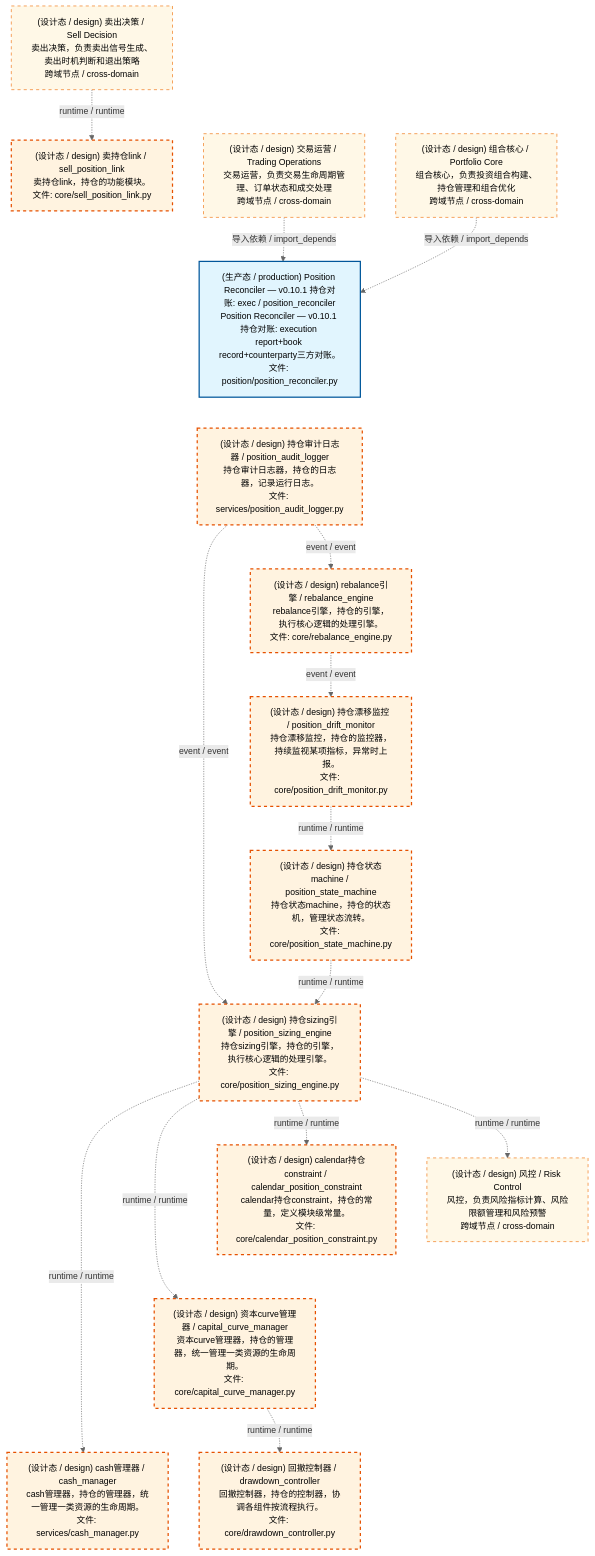
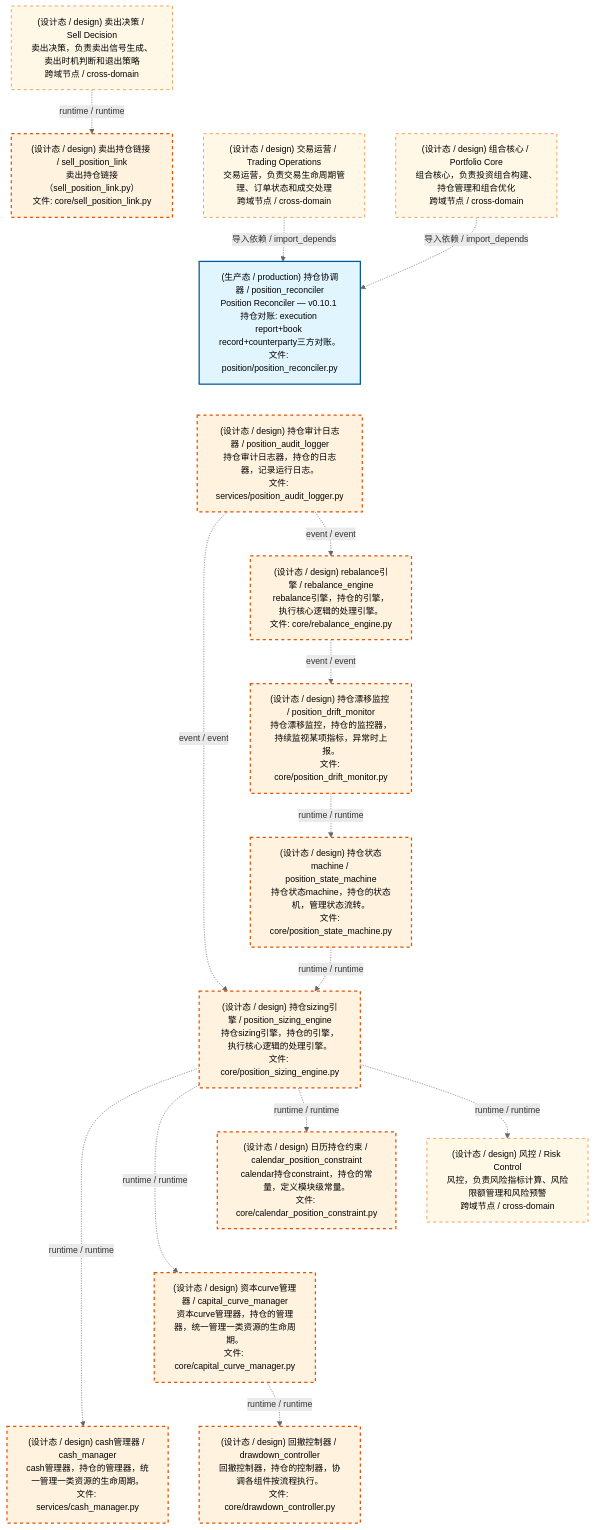
One commit to xuanFelixVan/ZephyrAlpha changed the first of 4 diagrams in docs/02_enterprise_architecture/02_domain_architecture_docs/64_d_position.md. Above: the diagram before and after it, drawn with Mermaid. The commit also changed other lines of this file and 50 other files, not shown here.

````diff
--- a/docs/02_enterprise_architecture/02_domain_architecture_docs/64_d_position.md
+++ b/docs/02_enterprise_architecture/02_domain_architecture_docs/64_d_position.md
@@ -53,43 +53,43 @@
 ```mermaid
 %%{init: {'theme': 'base', 'themeVariables': {'primaryColor': '#eaeaea', 'primaryTextColor': '#333333', 'primaryBorderColor': '#666666', 'lineColor': '#666666', 'secondaryColor': '#eaeaea', 'tertiaryColor': '#eaeaea', 'fontSize': '14px'}}}%%
 flowchart TD
-    src_zephyr_position_core_sell_position_link_py["(设计态 / design) 卖持仓link / sell_position_link<br/>卖持仓link，持仓的功能模块。<br/>文件: core/sell_position_link.py"]
-    src_zephyr_position_position_reconciler_py["(生产态 / production) Position Reconciler — v0.10.1 持仓对账: exec / position_reconciler<br/>Position Reconciler — v0.10.1 持仓对账: execution report+book record+counterparty三方对账。<br/>文件: position/position_reconciler.py"]
+    src_zephyr_position_core_sell_position_link_py["(设计态 / design) 卖出持仓链接 / sell_position_link<br/>卖出持仓链接（sell_position_link.py）<br/>文件: core/sell_position_link.py"]
+    src_zephyr_position_position_reconciler_py["(生产态 / production) 持仓协调器 / position_reconciler<br/>Position Reconciler — v0.10.1 持仓对账: execution report+book record+counterparty三方对账。<br/>文件: position/position_reconciler.py"]
     src_zephyr_position_services_position_audit_logger_py["(设计态 / design) 持仓审计日志器 / position_audit_logger<br/>持仓审计日志器，持仓的日志器，记录运行日志。<br/>文件: services/position_audit_logger.py"]
     src_zephyr_position_core_sell_position_link_py ~~~ src_zephyr_position_position_reconciler_py
     src_zephyr_position_position_reconciler_py ~~~ src_zephyr_position_services_position_audit_logger_py
     src_zephyr_position_core_rebalance_engine_py["(设计态 / design) rebalance引擎 / rebalance_engine<br/>rebalance引擎，持仓的引擎，执行核心逻辑的处理引擎。<br/>文件: core/rebalance_engine.py"]
     src_zephyr_position_core_position_drift_monitor_py["(设计态 / design) 持仓漂移监控 / position_drift_monitor<br/>持仓漂移监控，持仓的监控器，持续监视某项指标，异常时上报。<br/>文件: core/position_drift_monitor.py"]
     src_zephyr_position_core_position_state_machine_py["(设计态 / design) 持仓状态machine / position_state_machine<br/>持仓状态machine，持仓的状态机，管理状态流转。<br/>文件: core/position_state_machine.py"]
     src_zephyr_position_core_position_sizing_engine_py["(设计态 / design) 持仓sizing引擎 / position_sizing_engine<br/>持仓sizing引擎，持仓的引擎，执行核心逻辑的处理引擎。<br/>文件: core/position_sizing_engine.py"]
-    src_zephyr_position_core_calendar_position_constraint_py["(设计态 / design) calendar持仓constraint / calendar_position_constraint<br/>calendar持仓constraint，持仓的常量，定义模块级常量。<br/>文件: core/calendar_position_constraint.py"]
+    src_zephyr_position_core_calendar_position_constraint_py["(设计态 / design) 日历持仓约束 / calendar_position_constraint<br/>calendar持仓constraint，持仓的常量，定义模块级常量。<br/>文件: core/calendar_position_constraint.py"]
     src_zephyr_position_core_capital_curve_manager_py["(设计态 / design) 资本curve管理器 / capital_curve_manager<br/>资本curve管理器，持仓的管理器，统一管理一类资源的生命周期。<br/>文件: core/capital_curve_manager.py"]
     src_zephyr_position_services_cash_manager_py["(设计态 / design) cash管理器 / cash_manager<br/>cash管理器，持仓的管理器，统一管理一类资源的生命周期。<br/>文件: services/cash_manager.py"]
     src_zephyr_position_core_calendar_position_constraint_py ~~~ src_zephyr_position_core_capital_curve_manager_py
     src_zephyr_position_core_capital_curve_manager_py ~~~ src_zephyr_position_services_cash_manager_py
     src_zephyr_position_core_drawdown_controller_py["(设计态 / design) 回撤控制器 / drawdown_controller<br/>回撤控制器，持仓的控制器，协调各组件按流程执行。<br/>文件: core/drawdown_controller.py"]
     src_zephyr_position_core_position_sizing_engine_py -.->|runtime / runtime| src_zephyr_position_services_cash_manager_py
     src_zephyr_position_core_position_sizing_engine_py -.->|runtime / runtime| src_zephyr_position_core_capital_curve_manager_py
     src_zephyr_position_core_position_sizing_engine_py -.->|runtime / runtime| src_zephyr_position_core_calendar_position_constraint_py
     src_zephyr_position_core_position_state_machine_py -.->|runtime / runtime| src_zephyr_position_core_position_sizing_engine_py
     src_zephyr_position_core_position_drift_monitor_py -.->|runtime / runtime| src_zephyr_position_core_position_state_machine_py
     src_zephyr_position_core_rebalance_engine_py -.->|event / event| src_zephyr_position_core_position_drift_monitor_py
     src_zephyr_position_core_capital_curve_manager_py -.->|runtime / runtime| src_zephyr_position_core_drawdown_controller_py
     src_zephyr_position_services_position_audit_logger_py -.->|event / event| src_zephyr_position_core_position_sizing_engine_py
     src_zephyr_position_services_position_audit_logger_py -.->|event / event| src_zephyr_position_core_rebalance_engine_py
     D_RISK["(设计态 / design) 风控 / Risk Control<br/>风控，负责风险指标计算、风险限额管理和风险预警<br/>跨域节点 / cross-domain"]
     src_zephyr_position_core_position_sizing_engine_py -.->|runtime / runtime| D_RISK
     D_TRADING["(设计态 / design) 交易运营 / Trading Operations<br/>交易运营，负责交易生命周期管理、订单状态和成交处理<br/>跨域节点 / cross-domain"]
     D_TRADING -.->|导入依赖 / import_depends| src_zephyr_position_position_reconciler_py
     D_PF_CORE["(设计态 / design) 组合核心 / Portfolio Core<br/>组合核心，负责投资组合构建、持仓管理和组合优化<br/>跨域节点 / cross-domain"]
     D_PF_CORE -.->|导入依赖 / import_depends| src_zephyr_position_position_reconciler_py
     D_SELL_DECISION["(设计态 / design) 卖出决策 / Sell Decision<br/>卖出决策，负责卖出信号生成、卖出时机判断和退出策略<br/>跨域节点 / cross-domain"]
     D_SELL_DECISION -.->|runtime / runtime| src_zephyr_position_core_sell_position_link_py
     classDef production fill:#e1f5fe,stroke:#01579b,stroke-width:2px,color:#000
     classDef design fill:#fff3e0,stroke:#e65100,stroke-width:2px,color:#000,stroke-dasharray: 5 5
     classDef external_prod fill:#e8f4fd,stroke:#0277bd,stroke-width:1px,color:#000
     classDef external_design fill:#fff8e7,stroke:#ef6c00,stroke-width:1px,color:#000,stroke-dasharray: 5 5
     class src_zephyr_position_position_reconciler_py production
     class src_zephyr_position_core_calendar_position_constraint_py,src_zephyr_position_core_capital_curve_manager_py,src_zephyr_position_core_drawdown_controller_py,src_zephyr_position_core_position_drift_monitor_py,src_zephyr_position_core_position_sizing_engine_py,src_zephyr_position_core_position_state_machine_py,src_zephyr_position_core_rebalance_engine_py,src_zephyr_position_core_sell_position_link_py,src_zephyr_position_services_cash_manager_py,src_zephyr_position_services_position_audit_logger_py design
     class D_RISK,D_TRADING,D_PF_CORE,D_SELL_DECISION external_design
 ```
````
